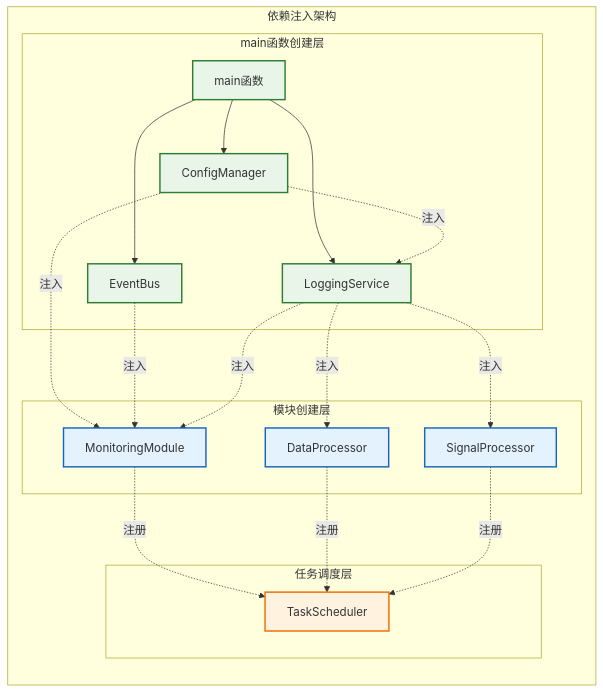
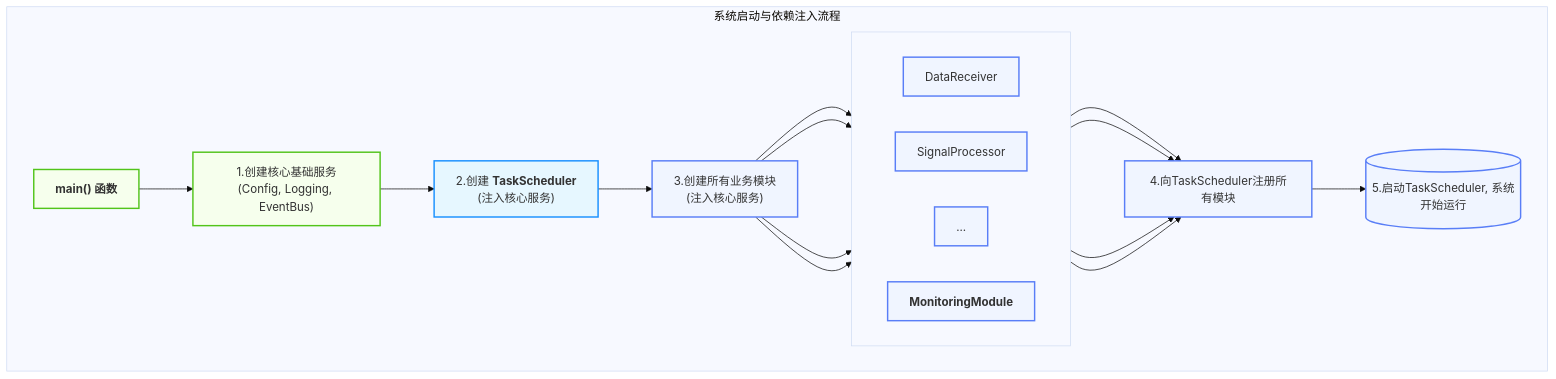
One commit to wendizhou99-cell/Radar changed the eighth of 8 diagrams in docs/01_项目设计/02_模块设计/08_监控服务设计.md. Above: the diagram before and after it, drawn with Mermaid. The commit also changed other lines of this file and 26 other files, not shown here.

First line of the commit message:
docs: 完成数据架构文档系列重构和Mermaid可视化指南增强

````diff
--- a/docs/01_项目设计/02_模块设计/08_监控服务设计.md
+++ b/docs/01_项目设计/02_模块设计/08_监控服务设计.md
@@ -1296,48 +479,42 @@
-```mermaid
-graph TB
-    subgraph "依赖注入架构"
-        direction TB
+    ```mermaid
+    ---
+      config:
+        theme: base
+        flowchart:
+          curve: basis
+    ---
+    graph TD
+        %% --- 图例 (上下文颜色语义) ---
+        %% 应用入口 (浅绿): main函数, 系统启动的起点。
+        %% 核心服务 (浅蓝): 系统级的基础服务。
+        %% 业务模块 (淡紫): 执行具体业务逻辑的模块, 包括监控模块。
 
-        subgraph "main函数创建层"
-            MAIN[main函数]
-            CONFIG_MGR[ConfigManager]
-            EVENT_BUS[EventBus]
-            LOG_SVC[LoggingService]
+        subgraph "系统启动与依赖注入流程"
+            A["<b>main() 函数</b>"] --> B["1.创建核心基础服务<br/>(Config, Logging, EventBus)"]
+            B --> C["2.创建 <b>TaskScheduler</b><br/>(注入核心服务)"]
+            C --> D["3.创建所有业务模块<br/>(注入核心服务)"]
+
+            subgraph " "
+                direction LR
+                M1["DataReceiver"]
+                M2["SignalProcessor"]
+                M3["..."]
+                MONITOR["<b>MonitoringModule</b>"]
+            end
+
+            D --> M1 & M2 & M3 & MONITOR
+
+            M1 & M2 & M3 & MONITOR --> E["4.向TaskScheduler注册所有模块"]
+            E --> F[("5.启动TaskScheduler, 系统开始运行")]
         end
 
-        subgraph "模块创建层"
-            MON_MODULE[MonitoringModule]
-            DATA_PROC[DataProcessor]
-            SIGNAL_PROC[SignalProcessor]
-        end
+        %% --- 标准 classDef 模板 ---
+        classDef role_B fill:#f6ffed,stroke:#52c41a,stroke-width:2px
+        classDef role_A fill:#e6f7ff,stroke:#1890ff,stroke-width:2px
+        classDef role_D fill:#f0f5ff,stroke:#597ef7,stroke-width:2px
 
-        subgraph "任务调度层"
-            TASK_SCHEDULER[TaskScheduler]
-        end
-
-        %% 创建和注入关系
-        MAIN --> CONFIG_MGR
-        MAIN --> EVENT_BUS
-        MAIN --> LOG_SVC
-
-        CONFIG_MGR -.->|注入| LOG_SVC
-
-        CONFIG_MGR -.->|注入| MON_MODULE
-        EVENT_BUS -.->|注入| MON_MODULE
-        LOG_SVC -.->|注入| MON_MODULE
-        LOG_SVC -.->|注入| DATA_PROC
-        LOG_SVC -.->|注入| SIGNAL_PROC
-
-        MON_MODULE -.->|注册| TASK_SCHEDULER
-        DATA_PROC -.->|注册| TASK_SCHEDULER
-        SIGNAL_PROC -.->|注册| TASK_SCHEDULER
-    end
-
-    classDef main fill:#e8f5e8,stroke:#2e7d32,stroke-width:2px
-    classDef module fill:#e3f2fd,stroke:#1565c0,stroke-width:2px
-    classDef scheduler fill:#fff3e0,stroke:#ef6c00,stroke-width:2px
-
-    class MAIN,CONFIG_MGR,EVENT_BUS,LOG_SVC main
-    class MON_MODULE,DATA_PROC,SIGNAL_PROC module
-    class TASK_SCHEDULER scheduler
-```
+        %% --- 样式应用 ---
+        class A,B role_B
+        class C role_A
+        class D,M1,M2,M3,MONITOR,E,F role_D
+    ```
````
